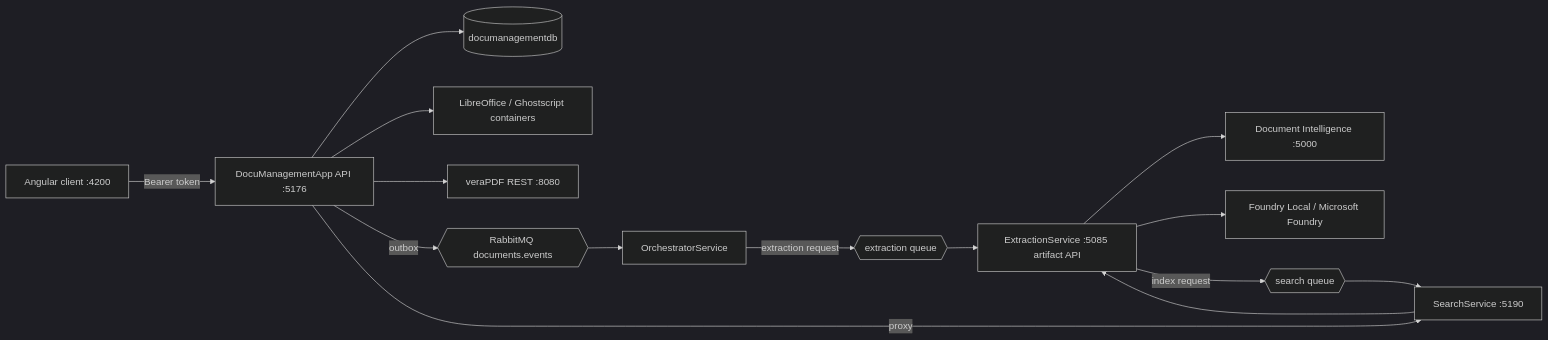
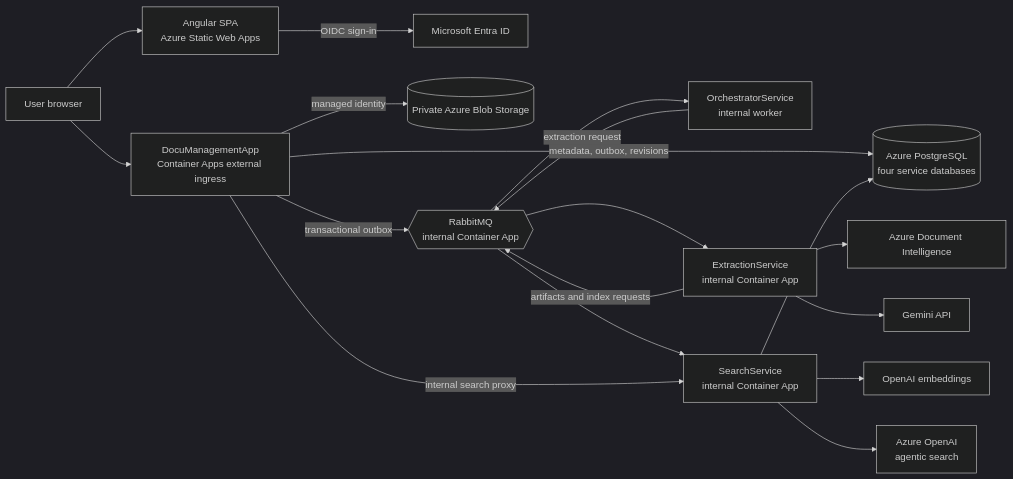
One commit to GiddyGiddy/Dokumenta_DMS_Cloud changed the diagram in README.md. Above: the diagram before and after it, drawn with Mermaid (dark theme). The commit also changed other lines of this file, not shown here.

````diff
--- a/README.md
+++ b/README.md
@@ -20,17 +24,22 @@
 ```mermaid
 flowchart LR
-  UI[Angular client :4200] -- Bearer token --> API[DocuManagementApp API :5176]
-  API --> PG[(documanagementdb)]
-  API --> CONV[LibreOffice / Ghostscript containers]
-  API --> VERA[veraPDF REST :8080]
-  API -- outbox --> MQ{{RabbitMQ documents.events}}
-  MQ --> ORC[OrchestratorService]
-  ORC -- extraction request --> MQ2{{extraction queue}}
-  MQ2 --> EXT[ExtractionService :5085 artifact API]
-  EXT --> DI[Document Intelligence :5000]
-  EXT --> LLM[Foundry Local / Microsoft Foundry]
-  EXT -- index request --> MQ3{{search queue}}
-  MQ3 --> SRCH[SearchService :5190]
-  SRCH --> EXT
-  API -- proxy --> SRCH
+  User[User browser] --> SPA[Angular SPA<br/>Azure Static Web Apps]
+  SPA -->|OIDC sign-in| Entra[Microsoft Entra ID]
+  User --> API[DocuManagementApp<br/>Container Apps external ingress]
+
+  API -->|metadata, outbox, revisions| PG[(Azure PostgreSQL<br/>four service databases)]
+  API -->|managed identity| Blob[(Private Azure Blob Storage)]
+  API -->|transactional outbox| MQ{{RabbitMQ<br/>internal Container App}}
+
+  MQ --> ORC[OrchestratorService<br/>internal worker]
+  ORC -->|extraction request| MQ
+  MQ --> EXT[ExtractionService<br/>internal Container App]
+  EXT --> DI[Azure Document Intelligence]
+  EXT --> LLM[Gemini API]
+  EXT -->|artifacts and index requests| MQ
+  MQ --> SEARCH[SearchService<br/>internal Container App]
+  SEARCH --> PG
+  SEARCH --> EMB[OpenAI embeddings]
+  SEARCH --> AGENT[Azure OpenAI<br/>agentic search]
+  API -->|internal search proxy| SEARCH
 ```
````
